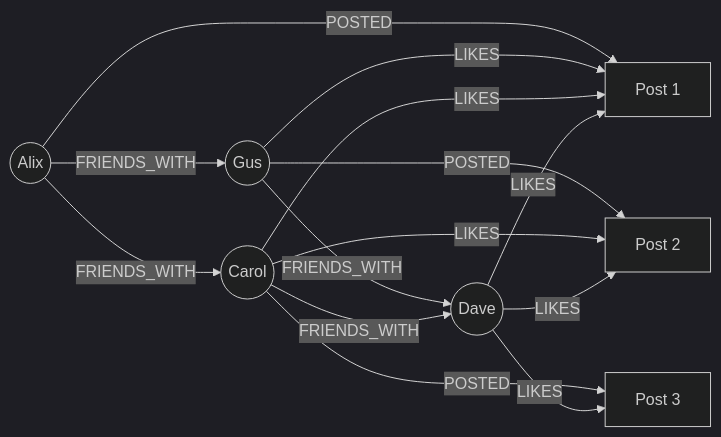
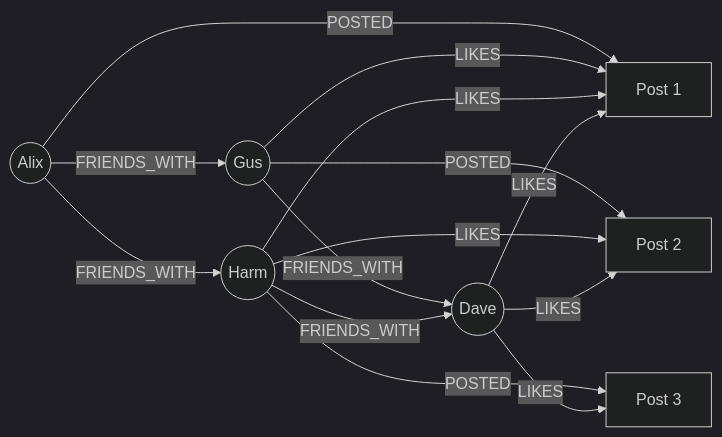
One commit to Imaclean74/grafeo changed the diagram in docs/getting-started/first-graph.md. Above: the diagram before and after it, drawn with Mermaid (dark theme). The commit also changed other lines of this file and 33 other files, not shown here.

````diff
--- a/docs/getting-started/first-graph.md
+++ b/docs/getting-started/first-graph.md
@@ -302,18 +302,18 @@
 ```mermaid
 graph LR
     Alix((Alix)) -->|FRIENDS_WITH| Gus((Gus))
-    Alix -->|FRIENDS_WITH| Carol((Carol))
+    Alix -->|FRIENDS_WITH| Harm((Harm))
     Gus -->|FRIENDS_WITH| Dave((Dave))
-    Carol -->|FRIENDS_WITH| Dave
+    Harm -->|FRIENDS_WITH| Dave
 
     Alix -->|POSTED| P1[Post 1]
     Gus -->|POSTED| P2[Post 2]
-    Carol -->|POSTED| P3[Post 3]
+    Harm -->|POSTED| P3[Post 3]
 
     Gus -->|LIKES| P1
-    Carol -->|LIKES| P1
-    Carol -->|LIKES| P2
+    Harm -->|LIKES| P1
+    Harm -->|LIKES| P2
     Dave -->|LIKES| P1
     Dave -->|LIKES| P2
     Dave -->|LIKES| P3
 ```
````
